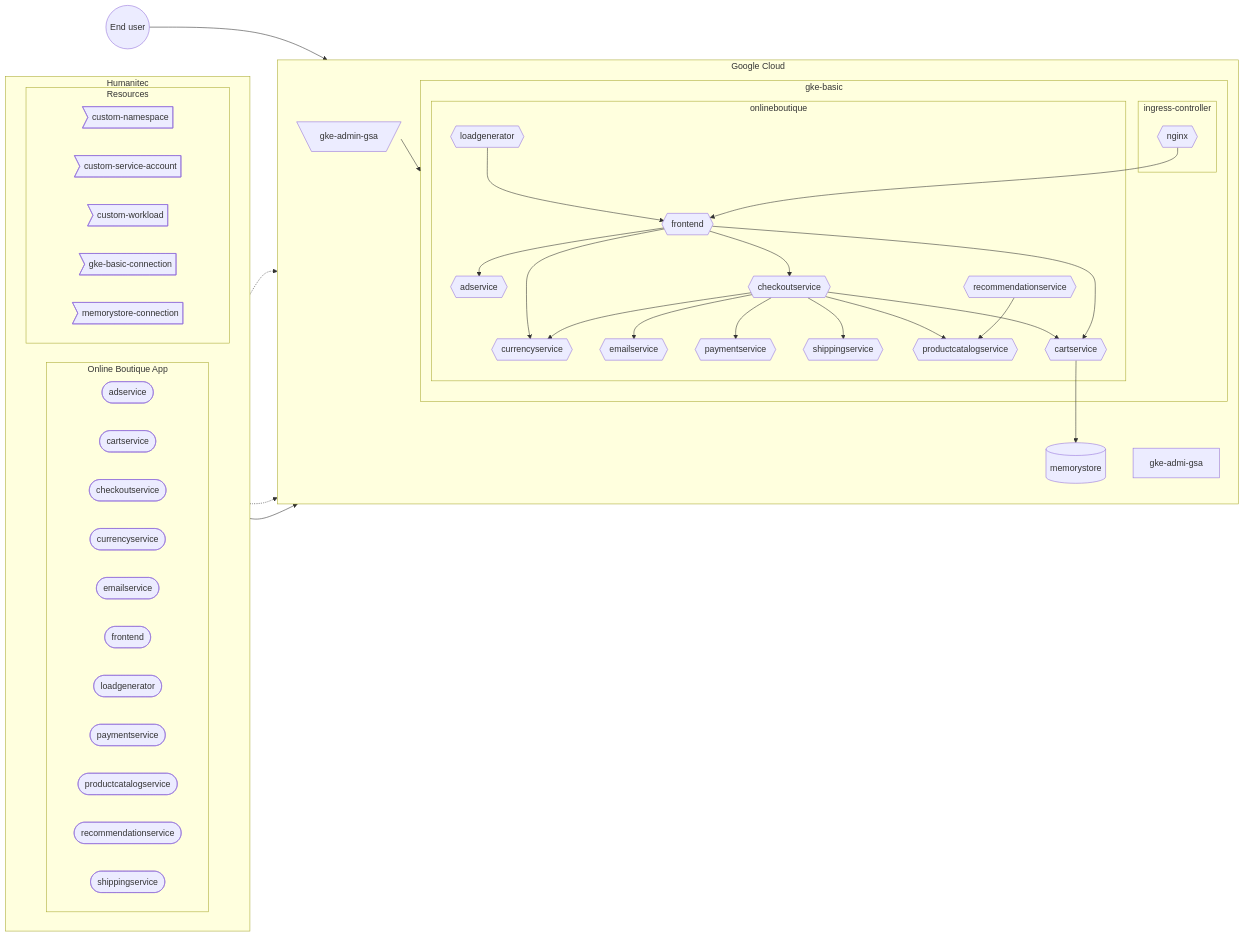
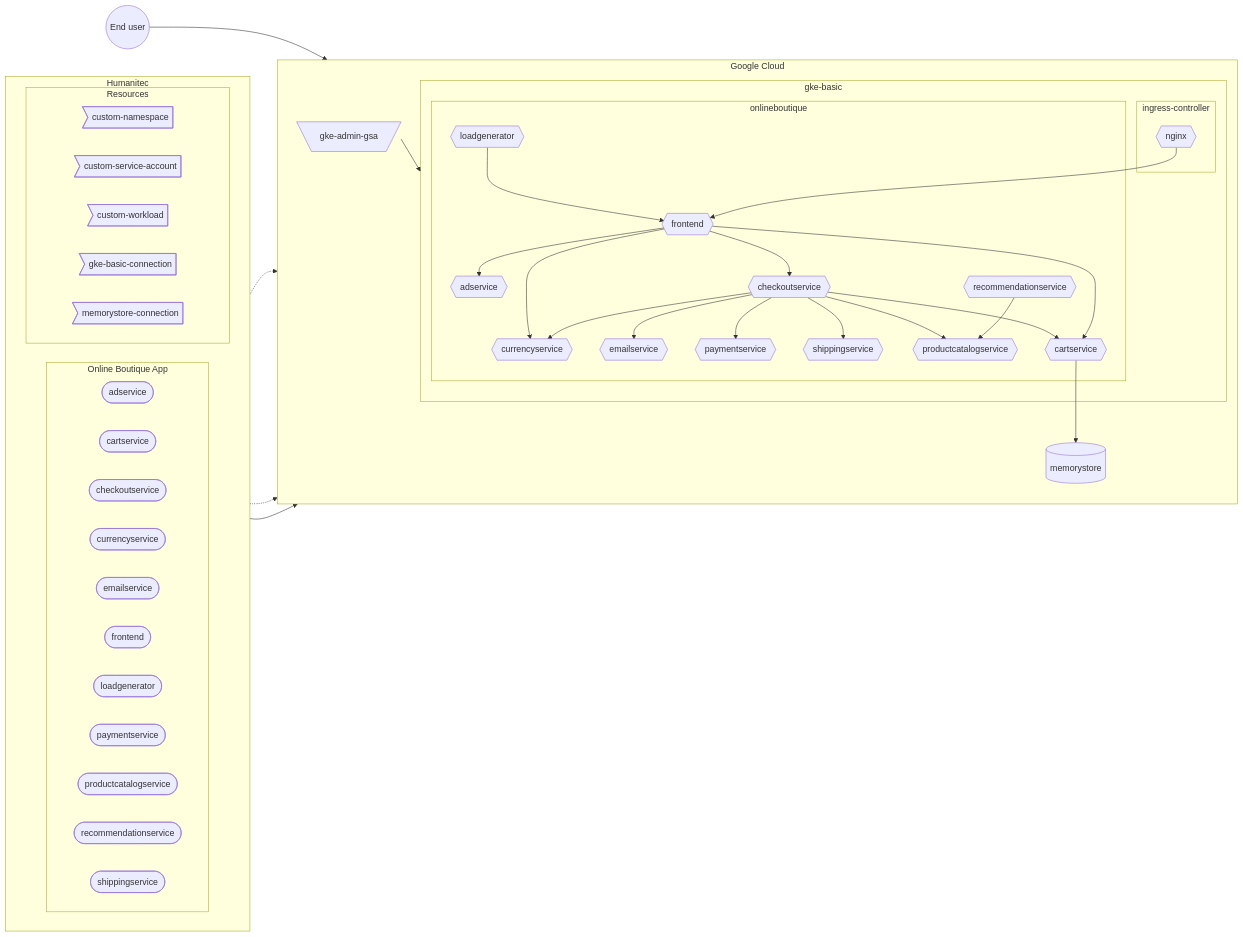
One commit to mathieu-benoit/hello-humanitec changed the diagram in docs/gke-basic.md. Above: the diagram before and after it, drawn with Mermaid. The commit also changed 1 other file, not shown here.

Commit message:
update graph with cloud-armor

````diff
--- a/docs/gke-basic.md
+++ b/docs/gke-basic.md
@@ -14,57 +14,57 @@
 ```mermaid
 flowchart LR
   subgraph Humanitec
     direction LR
     subgraph onlineboutique-app [Online Boutique App]
       direction LR
       adservice-workload([adservice])
       cartservice-workload([cartservice])
       checkoutservice-workload([checkoutservice])
       currencyservice-workload([currencyservice])
       emailservice-workload([emailservice])
       frontend-workload([frontend])
       loadgenerator-workload([loadgenerator])
       paymentservice-workload([paymentservice])
       productcatalogservice-workload([productcatalogservice])
       recommendationservice-workload([recommendationservice])
       shippingservice-workload([shippingservice])
     end
     subgraph Resources
         custom-namespace>custom-namespace]
         custom-service-account>custom-service-account]
         custom-workload>custom-workload]
         gke-basic-connection>gke-basic-connection]
         memorystore-connection>memorystore-connection]
     end
   end
   subgraph Google Cloud
     direction TB
     subgraph gke-basic
         subgraph ingress-controller
             nginx{{nginx}}
         end
         subgraph onlineboutique
             frontend{{frontend}}-->adservice{{adservice}}
             frontend-->checkoutservice{{checkoutservice}}
             frontend-->currencyservice{{currencyservice}}
             checkoutservice-->emailservice{{emailservice}}
             checkoutservice-->paymentservice{{paymentservice}}
             checkoutservice-->currencyservice
             checkoutservice-->shippingservice{{shippingservice}}
             checkoutservice-->productcatalogservice{{productcatalogservice}}
             checkoutservice-->cartservice{{cartservice}}
             frontend-->cartservice
             loadgenerator{{loadgenerator}}-->frontend
             recommendationservice{{recommendationservice}}-->productcatalogservice
         end
         nginx-->frontend
     end
     gke-admin-gsa[\gke-admin-gsa/]
-    gke-basic-connection-.->gke-admi-gsa
+    gke-basic-connection-.->gke-admin-gsa
     gke-admin-gsa-->gke-basic
     memorystore-connection-.->memorystore[(memorystore)]
     onlineboutique-app-->onlineboutique
     cartservice-->memorystore
   end
   enduser((End user))-->nginx
 ```
````
